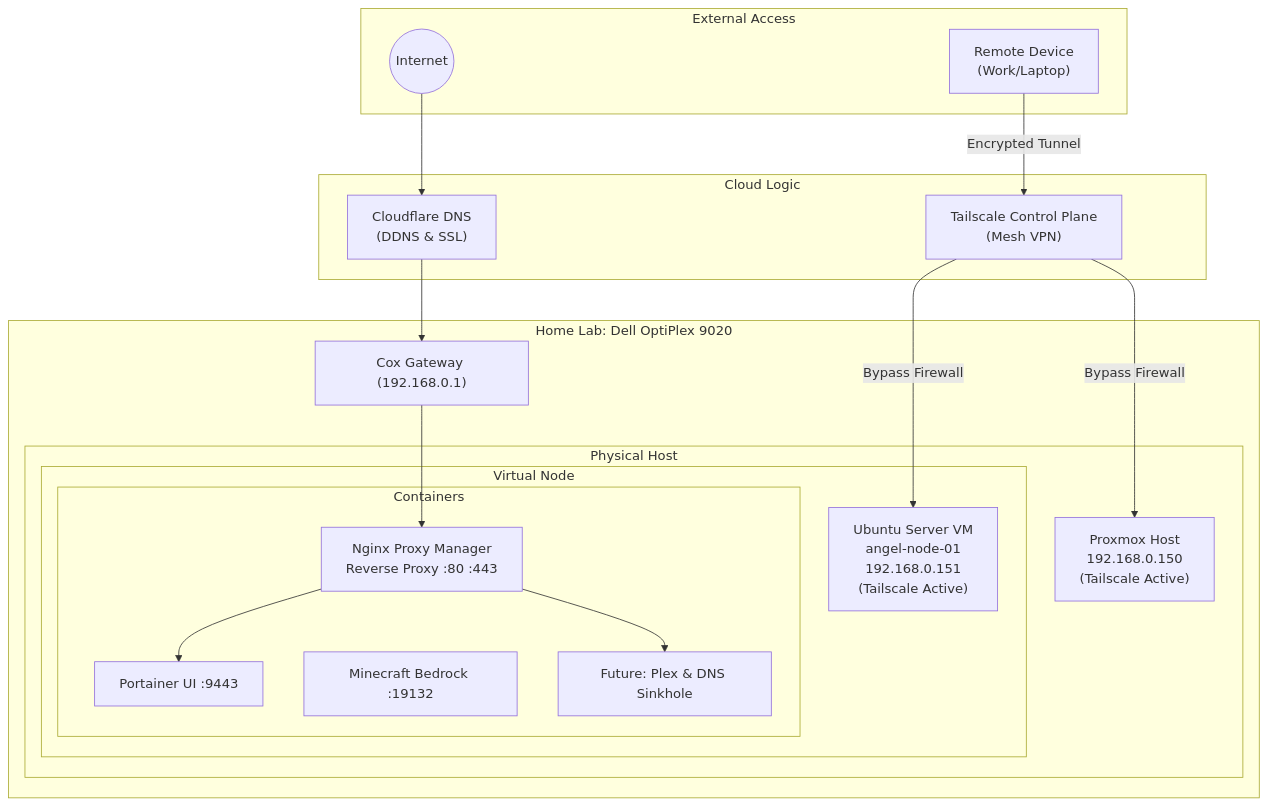
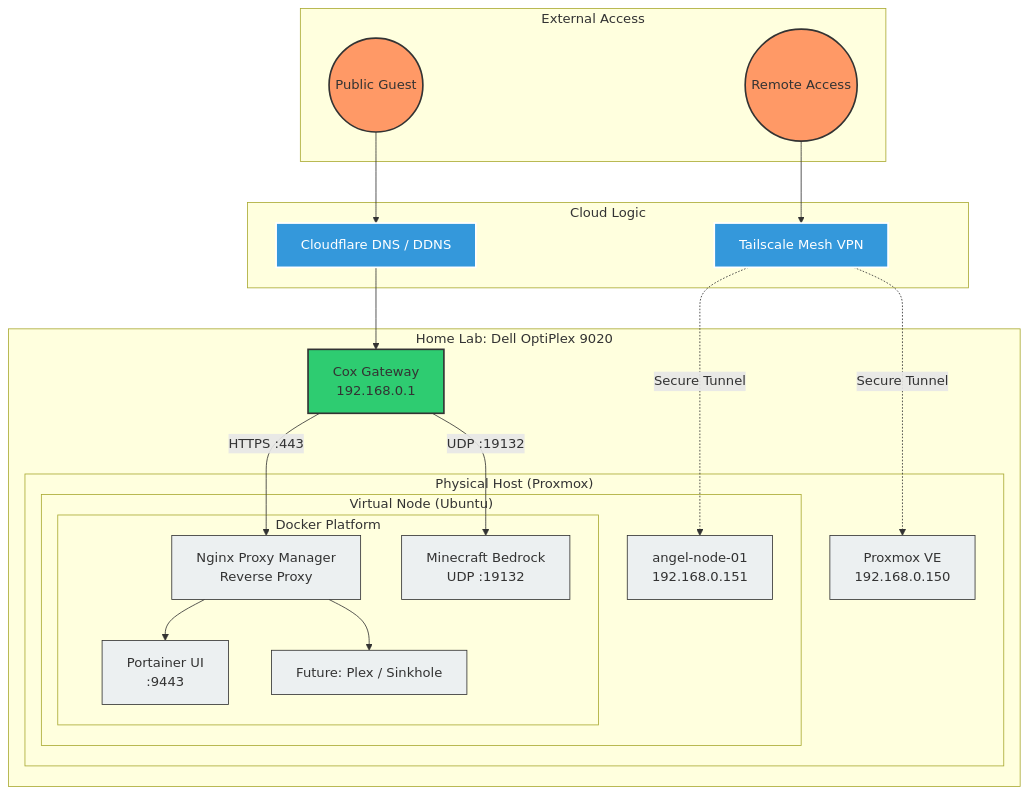
Before and after one commit to AndrewMacGregor1/Angel-Server-Lab: the diagram in README.md, drawn with Mermaid.

Commit message:
Architecture Upgrade
Fixed some errors in the architecture diagram.

````diff
--- a/README.md
+++ b/README.md
@@ -9,43 +9,52 @@
 ```mermaid
 graph TD
+    %% Custom Styles
+    classDef internet fill:#f96,stroke:#333,stroke-width:2px;
+    classDef cloud fill:#3498db,stroke:#fff,stroke-width:2px,color:#fff;
+    classDef home fill:#2ecc71,stroke:#333,stroke-width:2px;
+    classDef node fill:#ecf0f1,stroke:#333,stroke-width:1px;
 
-subgraph External_World [External Access]
-    RemoteDevice["Remote Device<br>(Work/Laptop)"]
-    Internet((Internet))
-end
+    subgraph External ["External Access"]
+        User((Remote Access)):::internet
+        Guest((Public Guest)):::internet
+    end
 
-subgraph Cloud_Services [Cloud Logic]
-    Cloudflare["Cloudflare DNS<br>(DDNS & SSL)"]
-    Tailscale["Tailscale Control Plane<br>(Mesh VPN)"]
-end
+    subgraph Cloud ["Cloud Logic"]
+        CF[Cloudflare DNS / DDNS]:::cloud
+        TS[Tailscale Mesh VPN]:::cloud
+    end
 
-subgraph Home_Network [Home Lab: Dell OptiPlex 9020]
-    Router["Cox Gateway (192.168.0.1)"]
-    
-    subgraph Hypervisor_Layer [Physical Host]
-        Proxmox["Proxmox Host<br>192.168.0.150<br>(Tailscale Active)"]
+    subgraph Lab ["Home Lab: Dell OptiPlex 9020"]
+        Router[Cox Gateway<br>192.168.0.1]:::home
         
-        subgraph Guest_OS [Virtual Node]
-            Ubuntu["Ubuntu Server VM<br>angel-node-01<br>192.168.0.151<br>(Tailscale Active)"]
+        subgraph Physical ["Physical Host (Proxmox)"]
+            PVE[Proxmox VE<br>192.168.0.150]:::node
             
-            subgraph Docker_Platform [Containers]
-                NPM["Nginx Proxy Manager<br>Reverse Proxy :80 :443"]
-                Portainer["Portainer UI :9443"]
-                Minecraft["Minecraft Bedrock :19132"]
-                Future["Future: Plex & DNS Sinkhole"]
+            subgraph Virtual ["Virtual Node (Ubuntu)"]
+                OS[angel-node-01<br>192.168.0.151]:::node
+                
+                subgraph Docker ["Docker Platform"]
+                    NPM[Nginx Proxy Manager<br>Reverse Proxy]
+                    Portainer[Portainer UI<br>:9443]
+                    MC[Minecraft Bedrock<br>UDP :19132]
+                    Future[Future: Plex / Sinkhole]
+                end
             end
         end
     end
-end
 
-%% Connections
-RemoteDevice -- "Encrypted Tunnel" --> Tailscale
-Tailscale -- "Bypass Firewall" --> Proxmox
-Tailscale -- "Bypass Firewall" --> Ubuntu
-
-Internet --> Cloudflare
-Cloudflare --> Router
-Router --> NPM
-NPM --> Portainer
-NPM --> Future
+    %% Traffic Flows
+    User --> TS
+    TS -.->|Secure Tunnel| PVE
+    TS -.->|Secure Tunnel| OS
+    
+    Guest --> CF
+    CF --> Router
+    
+    %% Fixed Traffic Routing
+    Router -->|HTTPS :443| NPM
+    Router -->|UDP :19132| MC
+    
+    NPM --> Portainer
+    NPM --> Future
 ```
````
